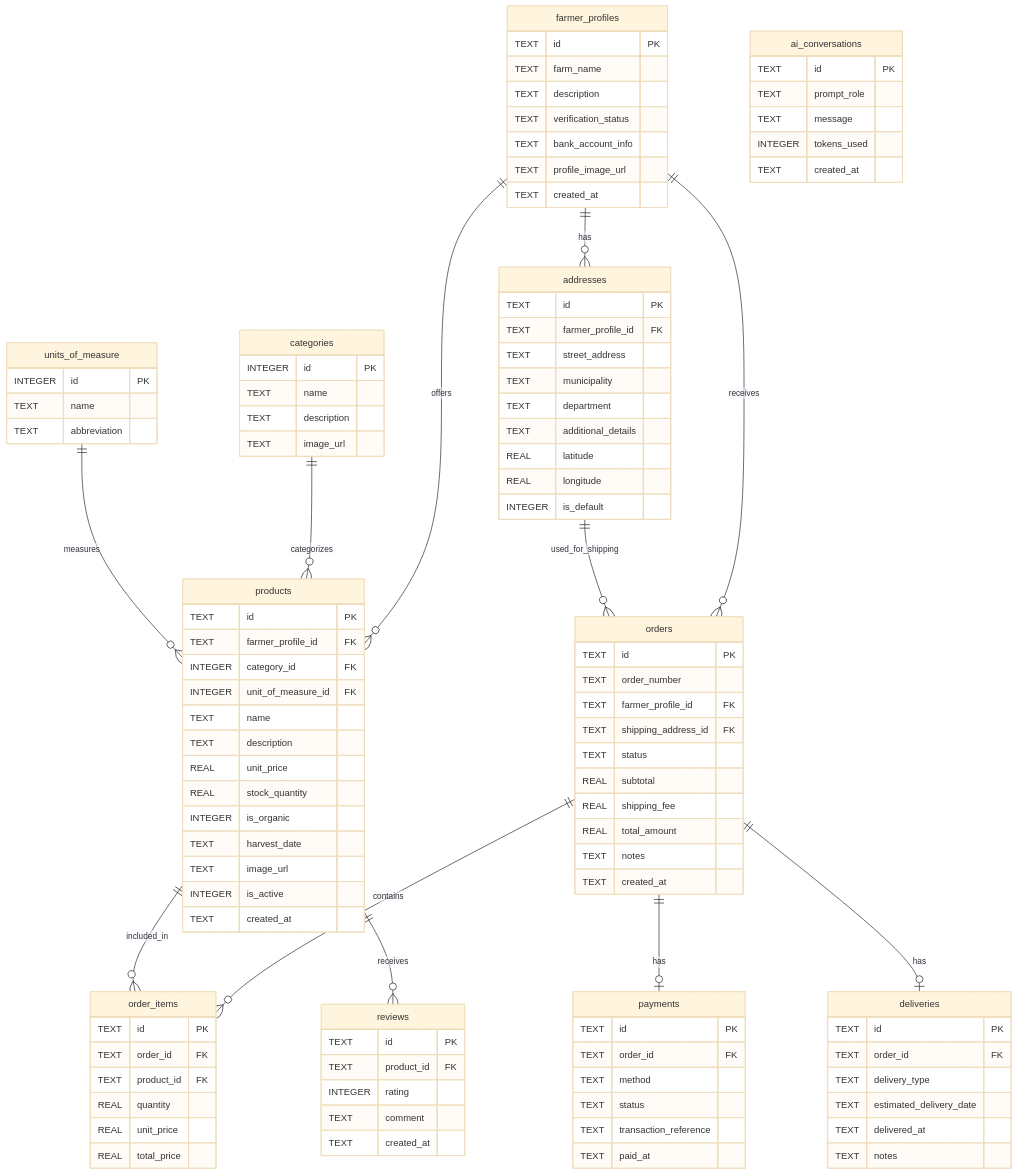
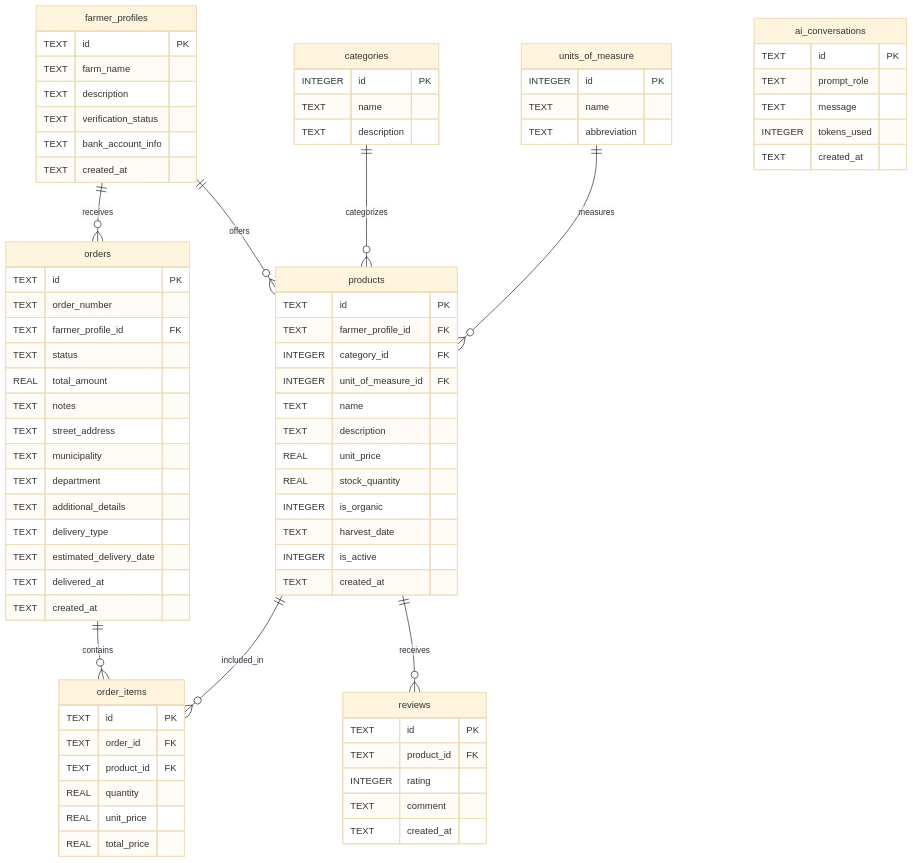
One commit to jbolivarz94/Diplomano.NET changed the first of 6 diagrams in retos/proyecto-final/MarketPlace/README.md. Above: the diagram before and after it, drawn with Mermaid (base theme). The commit also changed other lines of this file and 1 other file, not shown here.

````diff
--- a/retos/proyecto-final/MarketPlace/README.md
+++ b/retos/proyecto-final/MarketPlace/README.md
@@ -22,28 +22,12 @@
 ```mermaid
 erDiagram
-    farmer_profiles ||--o{ addresses : "has"
     farmer_profiles ||--o{ products : "offers"
     farmer_profiles ||--o{ orders : "receives"
-    addresses ||--o{ orders : "used_for_shipping"
     categories ||--o{ products : "categorizes"
     units_of_measure ||--o{ products : "measures"
     orders ||--o{ order_items : "contains"
     products ||--o{ order_items : "included_in"
-    orders ||--o| payments : "has"
-    orders ||--o| deliveries : "has"
     products ||--o{ reviews : "receives"
-    
-    addresses {
-        TEXT id PK
-        TEXT farmer_profile_id FK
-        TEXT street_address
-        TEXT municipality
-        TEXT department
-        TEXT additional_details
-        REAL latitude
-        REAL longitude
-        INTEGER is_default
-    }
     
     farmer_profiles {
         TEXT id PK
@@ -51,7 +35,6 @@
         TEXT description
         TEXT verification_status
         TEXT bank_account_info
-        TEXT profile_image_url
         TEXT created_at
     }
     
@@ -59,7 +42,6 @@
         INTEGER id PK
         TEXT name
         TEXT description
-        TEXT image_url
     }
     
     units_of_measure {
@@ -79,7 +61,6 @@
         REAL stock_quantity
         INTEGER is_organic
         TEXT harvest_date
-        TEXT image_url
         INTEGER is_active
         TEXT created_at
     }
@@ -88,12 +69,16 @@
         TEXT id PK
         TEXT order_number
         TEXT farmer_profile_id FK
-        TEXT shipping_address_id FK
         TEXT status
-        REAL subtotal
-        REAL shipping_fee
         REAL total_amount
         TEXT notes
+        TEXT street_address
+        TEXT municipality
+        TEXT department
+        TEXT additional_details
+        TEXT delivery_type
+        TEXT estimated_delivery_date
+        TEXT delivered_at
         TEXT created_at
     }
     
@@ -104,24 +89,6 @@
         REAL quantity
         REAL unit_price
         REAL total_price
-    }
-    
-    payments {
-        TEXT id PK
-        TEXT order_id FK
-        TEXT method
-        TEXT status
-        TEXT transaction_reference
-        TEXT paid_at
-    }
-    
-    deliveries {
-        TEXT id PK
-        TEXT order_id FK
-        TEXT delivery_type
-        TEXT estimated_delivery_date
-        TEXT delivered_at
-        TEXT notes
     }
     
     reviews {
````
